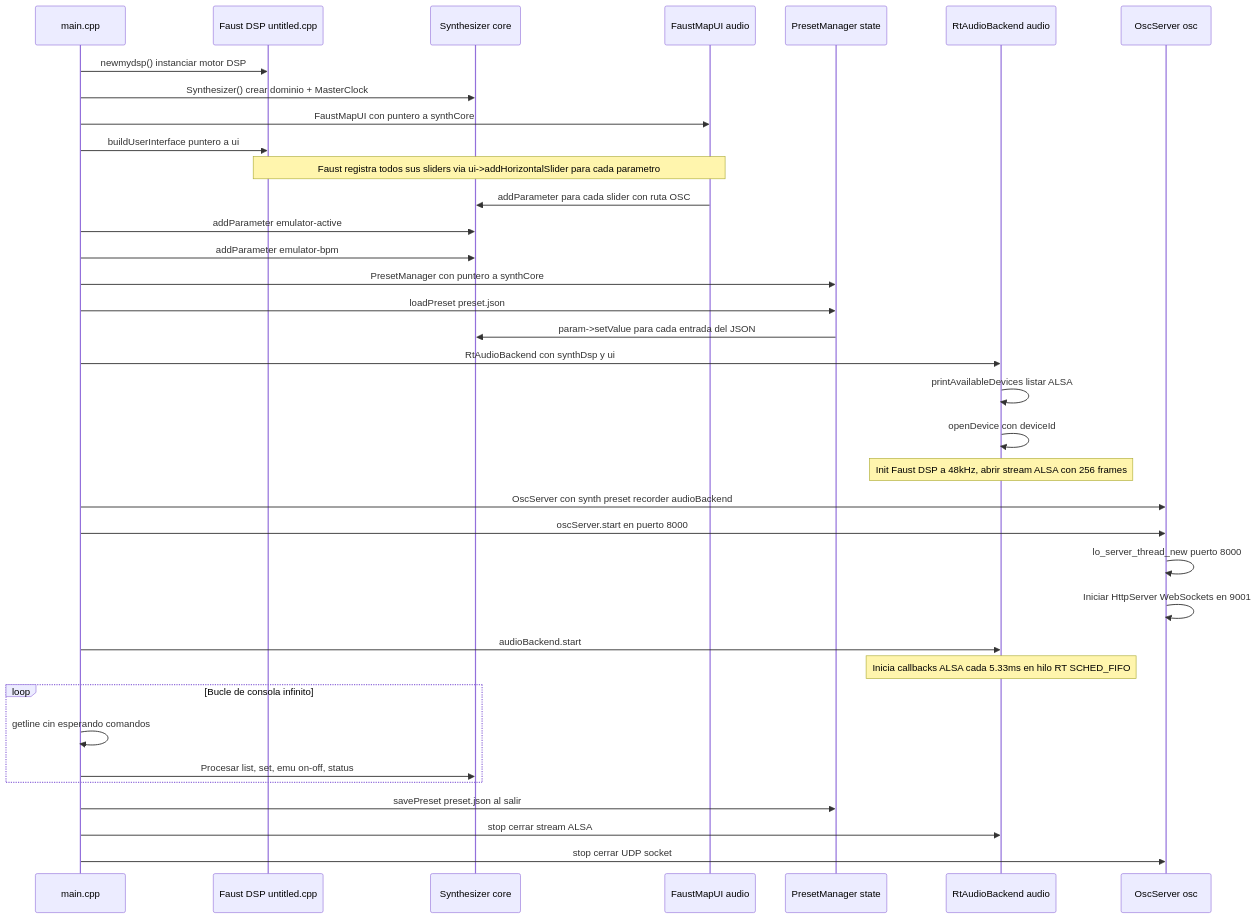
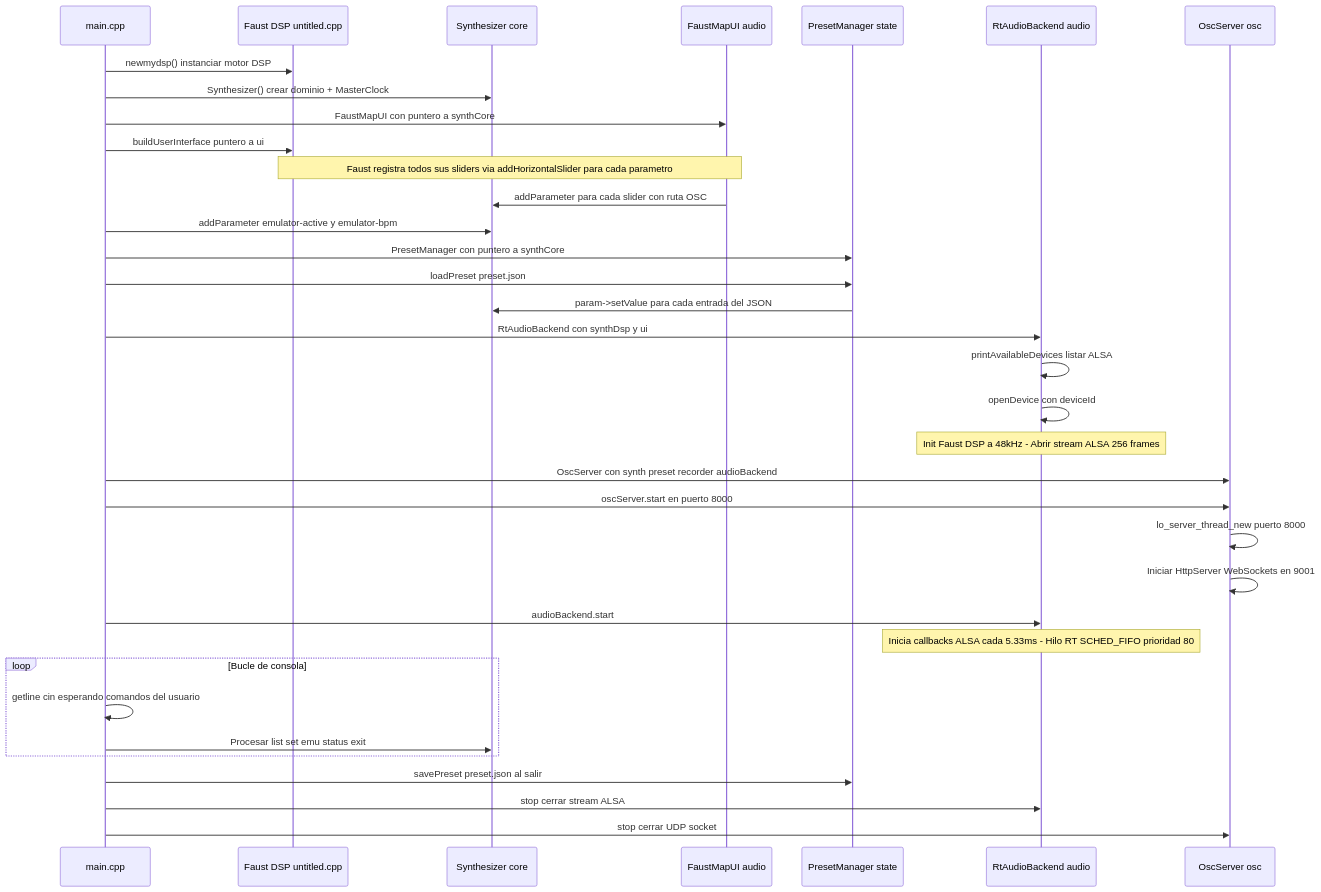
Diagram 11 of 12 in README.md (Zann181/sintetizador), drawn with Mermaid before and after one commit. The commit also changed other lines of this file and 21 other files, not shown here.

````diff
--- a/README.md
+++ b/README.md
@@ -1561,39 +1418,38 @@
 ```mermaid
 sequenceDiagram
     participant MAIN as main.cpp
     participant FDSP as Faust DSP untitled.cpp
     participant CORE as Synthesizer core
     participant UI as FaustMapUI audio
     participant PRESET as PresetManager state
     participant RTAUDIO as RtAudioBackend audio
     participant OSC as OscServer osc
 
     MAIN->>FDSP: newmydsp() instanciar motor DSP
     MAIN->>CORE: Synthesizer() crear dominio + MasterClock
     MAIN->>UI: FaustMapUI con puntero a synthCore
     MAIN->>FDSP: buildUserInterface puntero a ui
-    Note over FDSP,UI: Faust registra todos sus sliders via ui->addHorizontalSlider para cada parametro
+    Note over FDSP,UI: Faust registra todos sus sliders via addHorizontalSlider para cada parametro
     UI->>CORE: addParameter para cada slider con ruta OSC
-    MAIN->>CORE: addParameter emulator-active
-    MAIN->>CORE: addParameter emulator-bpm
+    MAIN->>CORE: addParameter emulator-active y emulator-bpm
     MAIN->>PRESET: PresetManager con puntero a synthCore
     MAIN->>PRESET: loadPreset preset.json
     PRESET->>CORE: param->setValue para cada entrada del JSON
     MAIN->>RTAUDIO: RtAudioBackend con synthDsp y ui
     RTAUDIO->>RTAUDIO: printAvailableDevices listar ALSA
     RTAUDIO->>RTAUDIO: openDevice con deviceId
-    Note over RTAUDIO: Init Faust DSP a 48kHz, abrir stream ALSA con 256 frames
+    Note over RTAUDIO: Init Faust DSP a 48kHz - Abrir stream ALSA 256 frames
     MAIN->>OSC: OscServer con synth preset recorder audioBackend
     MAIN->>OSC: oscServer.start en puerto 8000
     OSC->>OSC: lo_server_thread_new puerto 8000
     OSC->>OSC: Iniciar HttpServer WebSockets en 9001
     MAIN->>RTAUDIO: audioBackend.start
-    Note over RTAUDIO: Inicia callbacks ALSA cada 5.33ms en hilo RT SCHED_FIFO
-    loop Bucle de consola infinito
-        MAIN->>MAIN: getline cin esperando comandos
-        MAIN->>CORE: Procesar list, set, emu on-off, status
+    Note over RTAUDIO: Inicia callbacks ALSA cada 5.33ms - Hilo RT SCHED_FIFO prioridad 80
+    loop Bucle de consola
+        MAIN->>MAIN: getline cin esperando comandos del usuario
+        MAIN->>CORE: Procesar list set emu status exit
     end
     MAIN->>PRESET: savePreset preset.json al salir
     MAIN->>RTAUDIO: stop cerrar stream ALSA
     MAIN->>OSC: stop cerrar UDP socket
 ```
````
